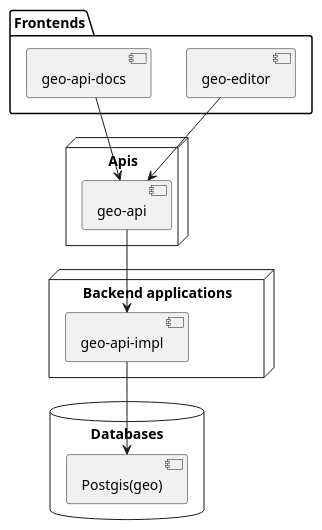
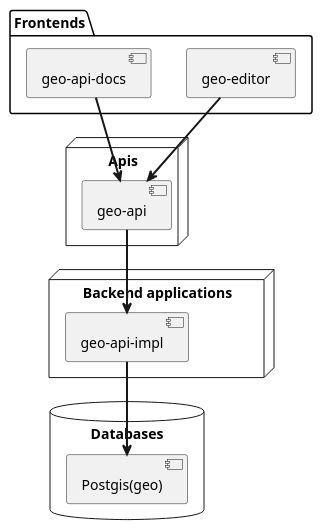
The diagram in README.md (Future-Position-X/fpx-monorepo), drawn with PlantUML before and after one commit.

````diff
--- a/README.md
+++ b/README.md
@@ -12,28 +12,28 @@
-```plantuml :architecture
+```plantuml:architecture
 @startuml
 
 package "Frontends" {
   [geo-editor]
   [geo-api-docs]
 }
 
 node "Apis" {
   [geo-api]
 }
 
 node "Backend applications" {
   [geo-api-impl] as geoApp
 }
 
 database "Databases" {
     [Postgis(geo)] as geoDb
 }
 
-[geo-editor] --> [geo-api]
-[geo-api-docs] --> [geo-api]
-[geo-api] --> geoApp
-geoApp --> geoDb
+[geo-editor] ==> [geo-api]
+[geo-api-docs] ==> [geo-api]
+[geo-api] ==> geoApp
+geoApp ==> geoDb
 
 @enduml
 
 ```
````
